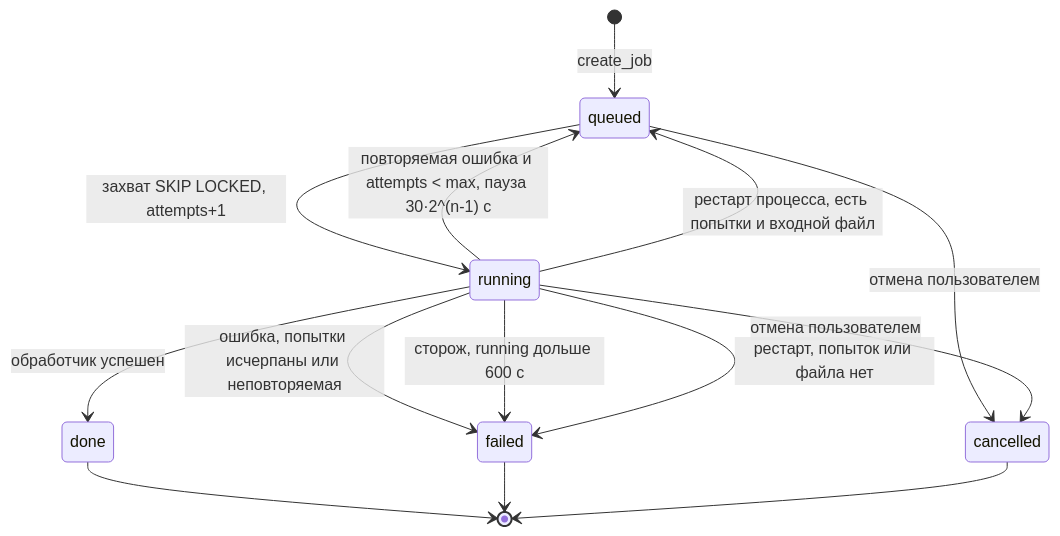
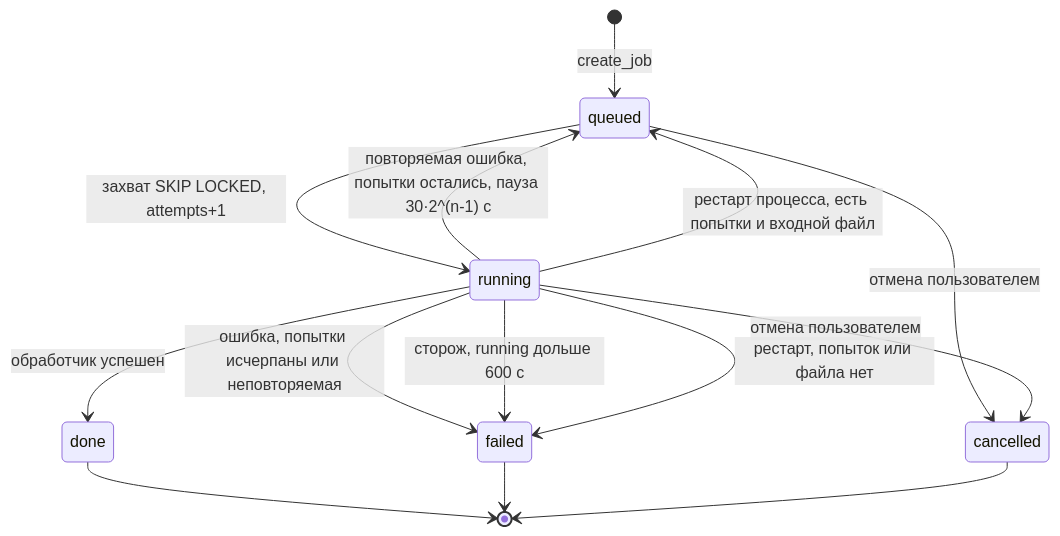
One commit to tendo-corp/tendo-tz changed the fourth of 7 diagrams in 07-architecture/architecture.md. Above: the diagram before and after it, drawn with Mermaid. The commit also changed 21 other files, not shown here.

````diff
--- a/07-architecture/architecture.md
+++ b/07-architecture/architecture.md
@@ -263,16 +263,16 @@
 ```mermaid
 stateDiagram-v2
   [*] --> queued: create_job
   queued --> running: захват SKIP LOCKED, attempts+1
   running --> done: обработчик успешен
-  running --> queued: повторяемая ошибка и attempts < max, пауза 30·2^(n-1) с
+  running --> queued: повторяемая ошибка, попытки остались, пауза 30·2^(n-1) с
   running --> failed: ошибка, попытки исчерпаны или неповторяемая
   running --> failed: сторож, running дольше 600 с
   running --> queued: рестарт процесса, есть попытки и входной файл
   running --> failed: рестарт, попыток или файла нет
   queued --> cancelled: отмена пользователем
   running --> cancelled: отмена пользователем
   done --> [*]
   failed --> [*]
   cancelled --> [*]
 ```
````
